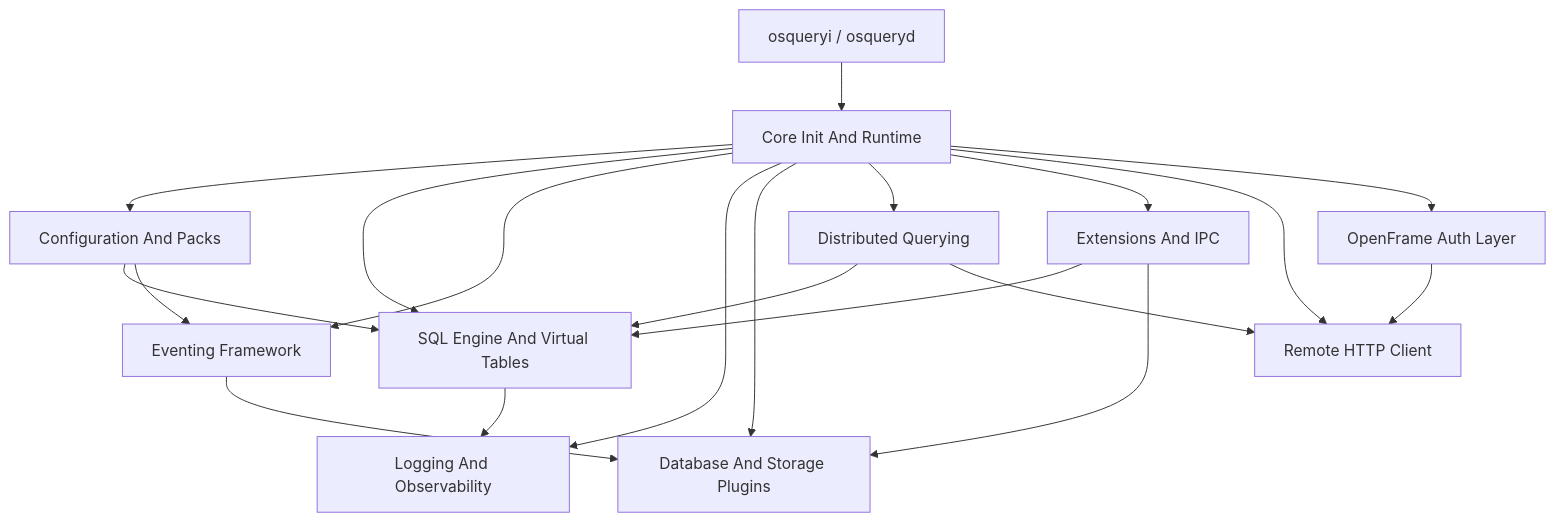
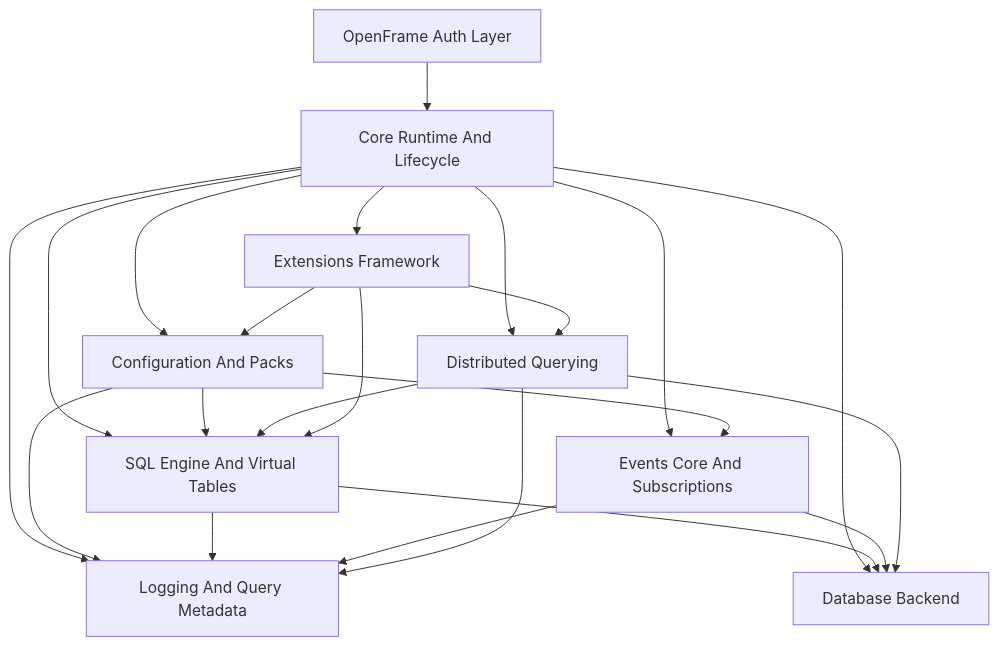
The diagram in README.md (flamingo-stack/osquery), drawn with Mermaid before and after one commit. The commit also changed other lines of this file and 2 other files, not shown here.

````diff
--- a/README.md
+++ b/README.md
@@ -45,22 +57,29 @@
 ```mermaid
-graph TD
-    CLI["osqueryi / osqueryd"] --> Core["Core Init And Runtime"]
+flowchart TD
+    OpenFrame["OpenFrame Auth Layer"] --> Core["Core Runtime And Lifecycle"]
     Core --> Config["Configuration And Packs"]
     Core --> SQL["SQL Engine And Virtual Tables"]
-    Core --> Events["Eventing Framework"]
-    Core --> Logging["Logging And Observability"]
-    Core --> DB["Database And Storage Plugins"]
-    Core --> Dist["Distributed Querying"]
-    Core --> Ext["Extensions And IPC"]
-    Core --> HTTP["Remote HTTP Client"]
-    Core --> OF["OpenFrame Auth Layer"]
+    Core --> DB["Database Backend"]
+    Core --> Logging["Logging And Query Metadata"]
+    Core --> Events["Events Core And Subscriptions"]
+    Core --> Extensions["Extensions Framework"]
+    Core --> Distributed["Distributed Querying"]
+
     Config --> SQL
     Config --> Events
+    Config --> Logging
+
     SQL --> Logging
+    SQL --> DB
+
     Events --> DB
-    Dist --> SQL
-    Dist --> HTTP
-    Ext --> SQL
-    Ext --> DB
-    OF --> HTTP
+    Events --> Logging
+
+    Distributed --> SQL
+    Distributed --> DB
+    Distributed --> Logging
+
+    Extensions --> SQL
+    Extensions --> Config
+    Extensions --> Distributed
 ```
````
